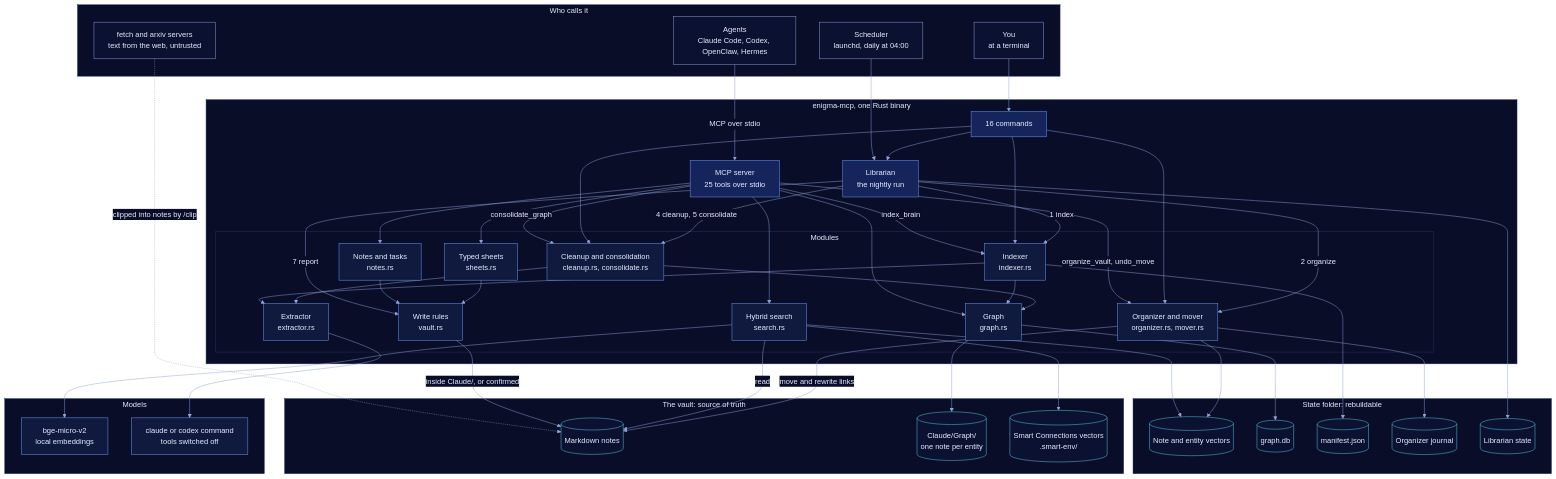
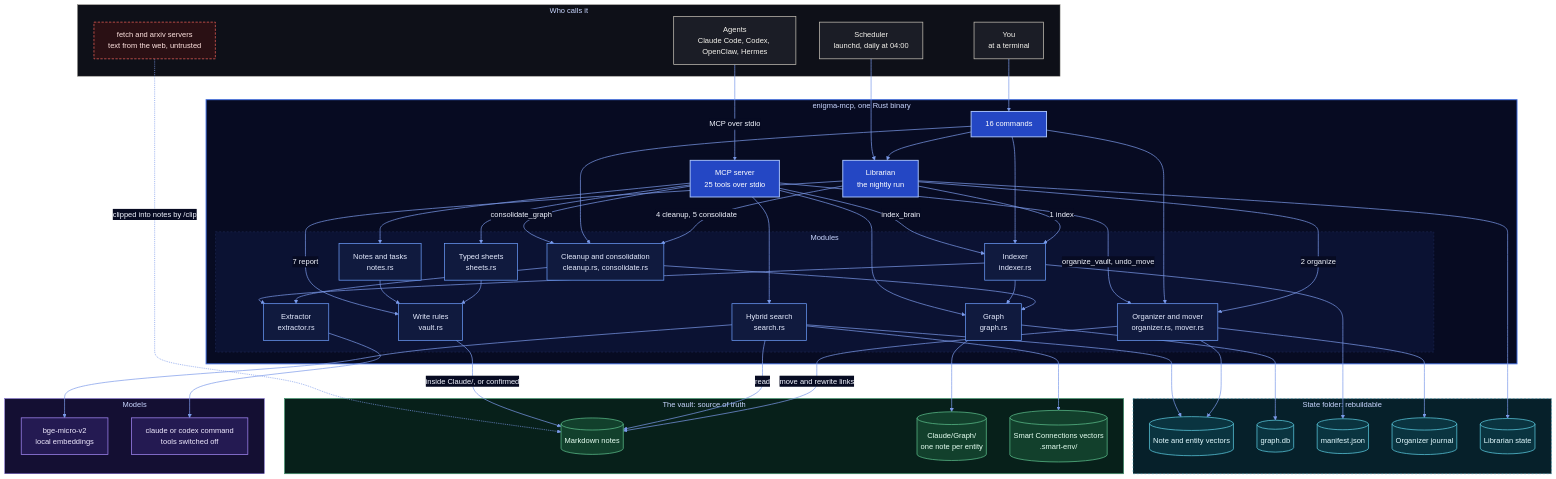
One commit to Rayhanson-Git/enigma changed the first of 3 diagrams in README.md. Above: the diagram before and after it, drawn with Mermaid. The commit also changed other lines of this file and 5 other files, not shown here.

Commit message:
docs: real Obsidian animation recording, logo-coloured emblem, coloured diagrams

````diff
--- a/README.md
+++ b/README.md
@@ -81,5 +81,5 @@
 ```mermaid
-%%{init: {"theme": "base", "themeVariables": {"fontFamily": "-apple-system, Segoe UI, Helvetica, Arial, sans-serif", "primaryColor": "#101A3E", "primaryTextColor": "#E6ECFF", "primaryBorderColor": "#6FA0FF", "lineColor": "#8FA3D6", "clusterBkg": "#090D28", "clusterBorder": "#25315F", "titleColor": "#E6ECFF", "edgeLabelBackground": "#090D28", "tertiaryTextColor": "#E6ECFF"}}}%%
+%%{init: {"theme": "base", "flowchart": {"curve": "basis"}, "themeVariables": {"fontFamily": "-apple-system, Segoe UI, Helvetica, Arial, sans-serif", "primaryColor": "#101A3E", "primaryTextColor": "#F2F5FF", "primaryBorderColor": "#6FA0FF", "lineColor": "#7C9BEA", "clusterBkg": "#070B22", "clusterBorder": "#3D6BE0", "titleColor": "#C9D6FF", "edgeLabelBackground": "#070B22", "tertiaryTextColor": "#E6ECFF"}}}%%
 flowchart TB
   subgraph callers["Who calls it"]
     agents["Agents<br/>Claude Code, Codex, OpenClaw, Hermes"]
@@ -166,11 +166,29 @@
   clean --> extract
 
 
-  class agents,you,cron,web outside
+  class agents,you,cron outside
+  class web warn
   class server,cli,lib entry
-  class md,gnotes,sc,vec,db,man,jr,ls store
-  classDef outside fill:#0B1130,stroke:#8FA3D6,color:#E6ECFF
-  classDef entry fill:#16245C,stroke:#6FA0FF,color:#E6ECFF
-  classDef store fill:#0B1130,stroke:#5ED0E6,color:#E6ECFF
-  classDef stop fill:#0B1130,stroke:#9DBBFF,color:#E6ECFF
+  class notes,sheets,vault,search,gr,indexer,extract,org,clean part
+  class md,gnotes,sc source
+  class vec,db,man,jr,ls store
+  class emb,llm model
+  style callers fill:#0E1018,stroke:#8A8780,stroke-width:1px
+  style bin fill:#070B22,stroke:#3D6BE0,stroke-width:2px
+  style core fill:#0B1233,stroke:#25315F,stroke-dasharray:4 4
+  style truth fill:#07201A,stroke:#3E8F6A,stroke-width:1.5px
+  style state fill:#06202A,stroke:#2E93A8,stroke-dasharray:4 4
+  style models fill:#140F33,stroke:#6D58C9
+  classDef outside fill:#1B1D26,stroke:#C9C4B9,stroke-width:1.5px,color:#F4F2EC
+  classDef warn fill:#2A1014,stroke:#F0635B,stroke-width:1.5px,stroke-dasharray:5 3,color:#FFE3E0
+  classDef entry fill:#2447C4,stroke:#A9C4FF,stroke-width:2px,color:#FFFFFF
+  classDef part fill:#101A3E,stroke:#6FA0FF,stroke-width:1.5px,color:#E6ECFF
+  classDef lane fill:#1A2F7A,stroke:#8FB4FF,stroke-width:2px,color:#F2F5FF
+  classDef ask fill:#0B1130,stroke:#8FA3D6,stroke-width:1.5px,stroke-dasharray:5 3,color:#E6ECFF
+  classDef source fill:#12402C,stroke:#5EC28F,stroke-width:1.5px,color:#E6FFF2
+  classDef store fill:#0A3440,stroke:#5ED0E6,stroke-width:1.5px,color:#E3FBFF
+  classDef model fill:#241A52,stroke:#A78BFA,stroke-width:1.5px,color:#EFE9FF
+  classDef good fill:#12402C,stroke:#5EC28F,stroke-width:2px,color:#E6FFF2
+  classDef stop fill:#4A1014,stroke:#F0635B,stroke-width:2px,color:#FFE3E0
+  linkStyle default stroke:#7C9BEA,stroke-width:1.5px
 ```
````
